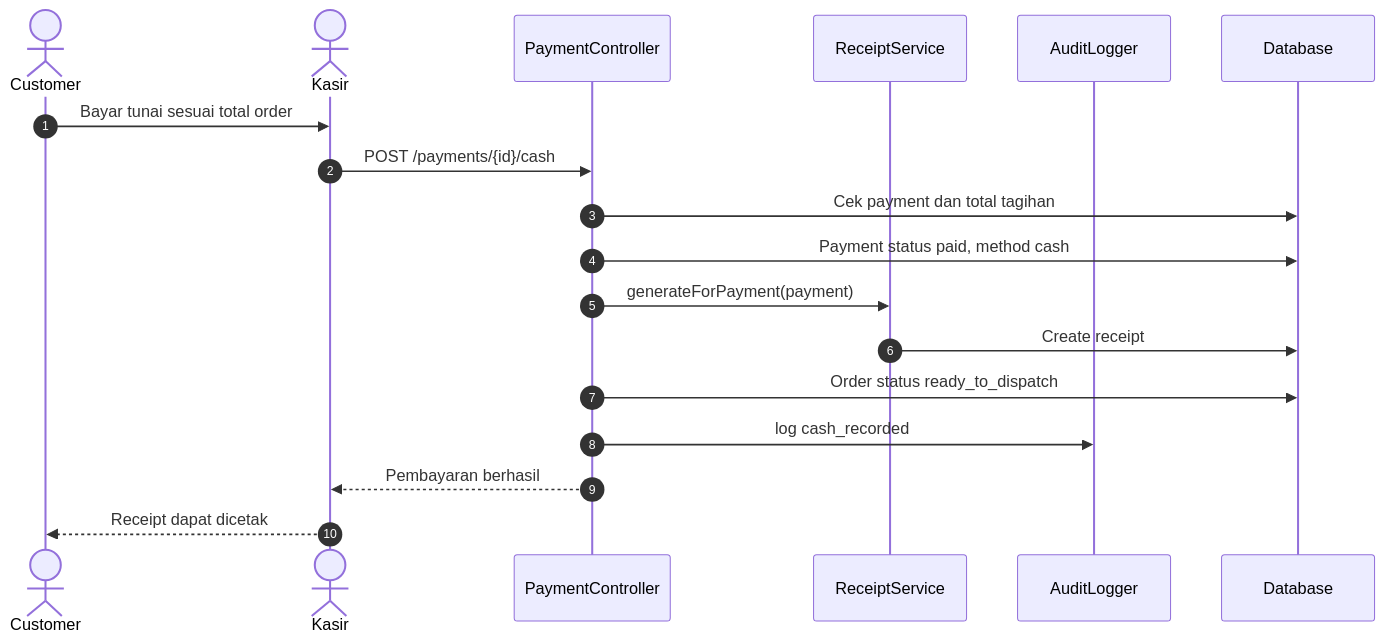
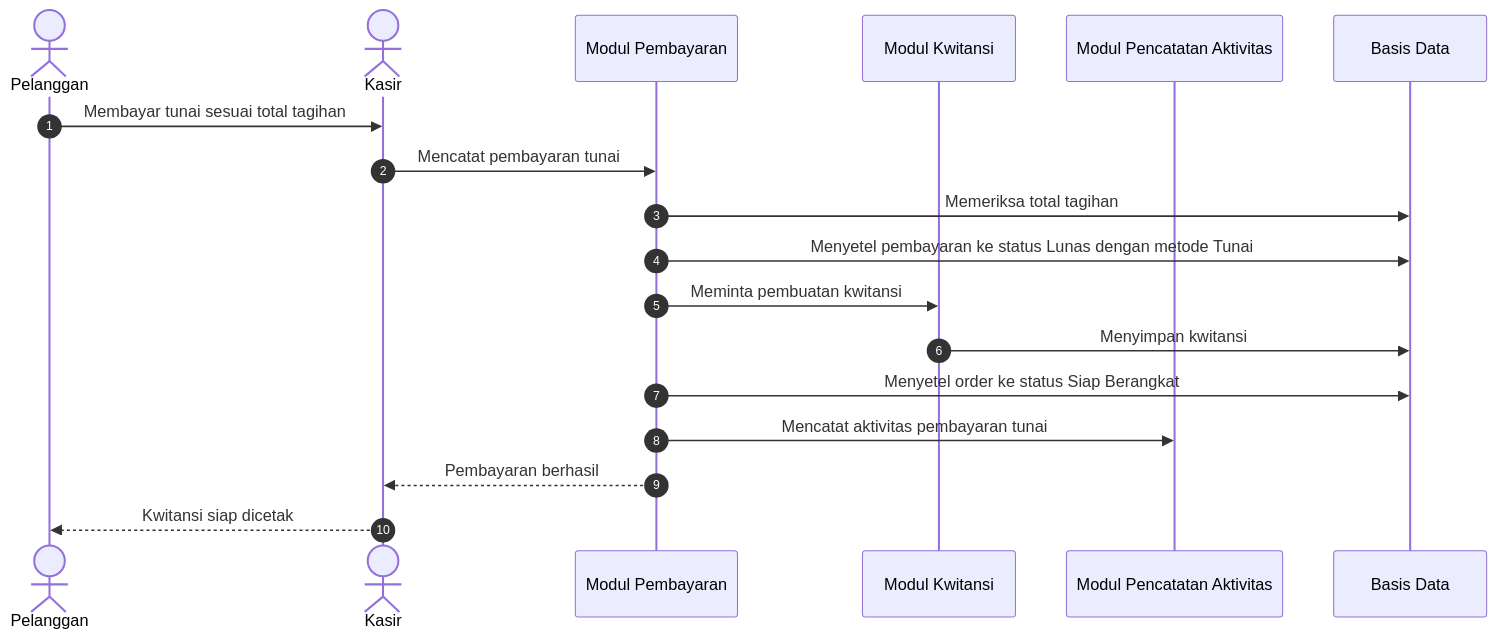
One commit to nabiilnuryassar/rent-car changed the ninth of 15 diagrams in docs/UML_MERMAID.md. Above: the diagram before and after it, drawn with Mermaid. The commit also changed other lines of this file, not shown here.

Commit message:
update docs uml

````diff
--- a/docs/UML_MERMAID.md
+++ b/docs/UML_MERMAID.md
@@ -390,21 +381,21 @@
 ```mermaid
 sequenceDiagram
     autonumber
-    actor Customer
+    actor Pelanggan
     actor Kasir
-    participant PayCtrl as PaymentController
-    participant Receipt as ReceiptService
-    participant Audit as AuditLogger
-    participant DB as Database
+    participant Pembayaran as Modul Pembayaran
+    participant Kwitansi as Modul Kwitansi
+    participant Aktivitas as Modul Pencatatan Aktivitas
+    participant Basis as Basis Data
 
-    Customer->>Kasir: Bayar tunai sesuai total order
-    Kasir->>PayCtrl: POST /payments/{id}/cash
-    PayCtrl->>DB: Cek payment dan total tagihan
-    PayCtrl->>DB: Payment status paid, method cash
-    PayCtrl->>Receipt: generateForPayment(payment)
-    Receipt->>DB: Create receipt
-    PayCtrl->>DB: Order status ready_to_dispatch
-    PayCtrl->>Audit: log cash_recorded
-    PayCtrl-->>Kasir: Pembayaran berhasil
-    Kasir-->>Customer: Receipt dapat dicetak
+    Pelanggan->>Kasir: Membayar tunai sesuai total tagihan
+    Kasir->>Pembayaran: Mencatat pembayaran tunai
+    Pembayaran->>Basis: Memeriksa total tagihan
+    Pembayaran->>Basis: Menyetel pembayaran ke status Lunas dengan metode Tunai
+    Pembayaran->>Kwitansi: Meminta pembuatan kwitansi
+    Kwitansi->>Basis: Menyimpan kwitansi
+    Pembayaran->>Basis: Menyetel order ke status Siap Berangkat
+    Pembayaran->>Aktivitas: Mencatat aktivitas pembayaran tunai
+    Pembayaran-->>Kasir: Pembayaran berhasil
+    Kasir-->>Pelanggan: Kwitansi siap dicetak
 ```
````
